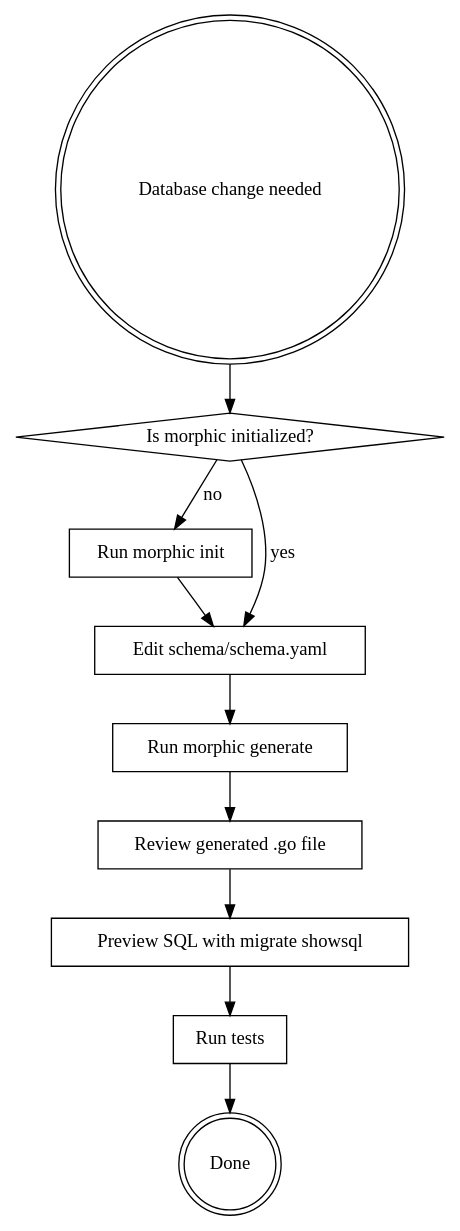
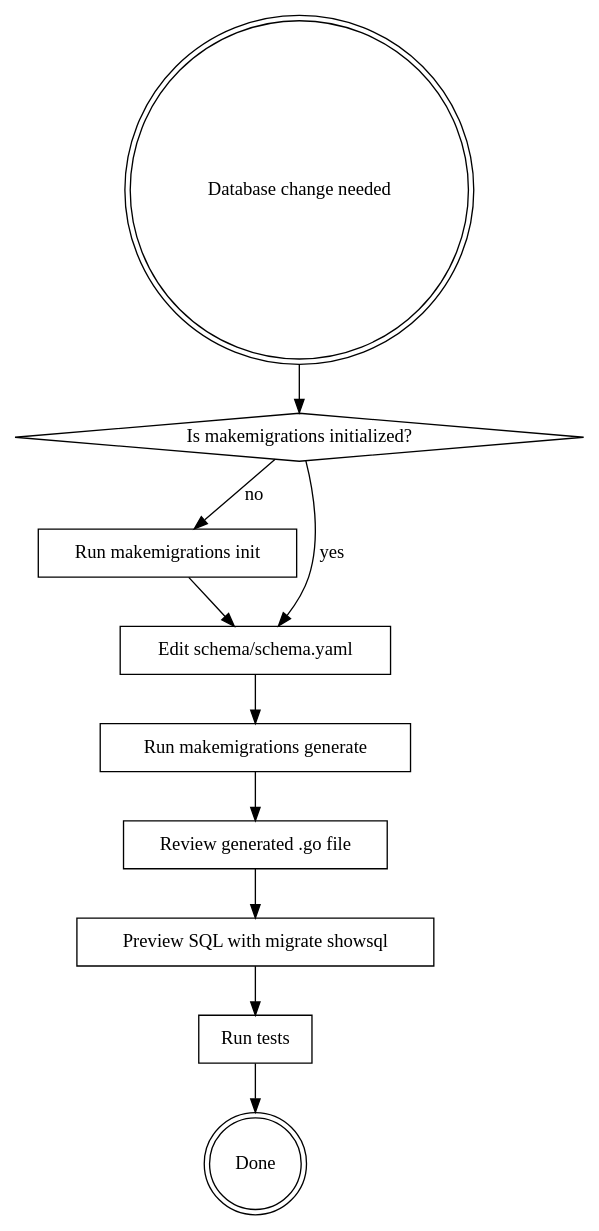
One commit to ocomsoft/makemigrations changed the diagram in skills/SKILL.md. Above: the diagram before and after it, drawn with Graphviz. The commit also changed other lines of this file and 159 other files, not shown here.

First line of the commit message:
refactor: rename project from morphic to makemigrations

````diff
--- a/skills/SKILL.md
+++ b/skills/SKILL.md
@@ -30,24 +30,24 @@
 ```dot
-digraph morphic_workflow {
+digraph makemigrations_workflow {
     rankdir=TB;
     "Database change needed" [shape=doublecircle];
-    "Is morphic initialized?" [shape=diamond];
-    "Run morphic init" [shape=box];
+    "Is makemigrations initialized?" [shape=diamond];
+    "Run makemigrations init" [shape=box];
     "Edit schema/schema.yaml" [shape=box];
-    "Run morphic generate" [shape=box];
+    "Run makemigrations generate" [shape=box];
     "Review generated .go file" [shape=box];
     "Preview SQL with migrate showsql" [shape=box];
     "Run tests" [shape=box];
     "Done" [shape=doublecircle];
 
-    "Database change needed" -> "Is morphic initialized?";
-    "Is morphic initialized?" -> "Run morphic init" [label="no"];
-    "Is morphic initialized?" -> "Edit schema/schema.yaml" [label="yes"];
-    "Run morphic init" -> "Edit schema/schema.yaml";
-    "Edit schema/schema.yaml" -> "Run morphic generate";
-    "Run morphic generate" -> "Review generated .go file";
+    "Database change needed" -> "Is makemigrations initialized?";
+    "Is makemigrations initialized?" -> "Run makemigrations init" [label="no"];
+    "Is makemigrations initialized?" -> "Edit schema/schema.yaml" [label="yes"];
+    "Run makemigrations init" -> "Edit schema/schema.yaml";
+    "Edit schema/schema.yaml" -> "Run makemigrations generate";
+    "Run makemigrations generate" -> "Review generated .go file";
     "Review generated .go file" -> "Preview SQL with migrate showsql";
     "Preview SQL with migrate showsql" -> "Run tests";
     "Run tests" -> "Done";
 }
 ```
````
